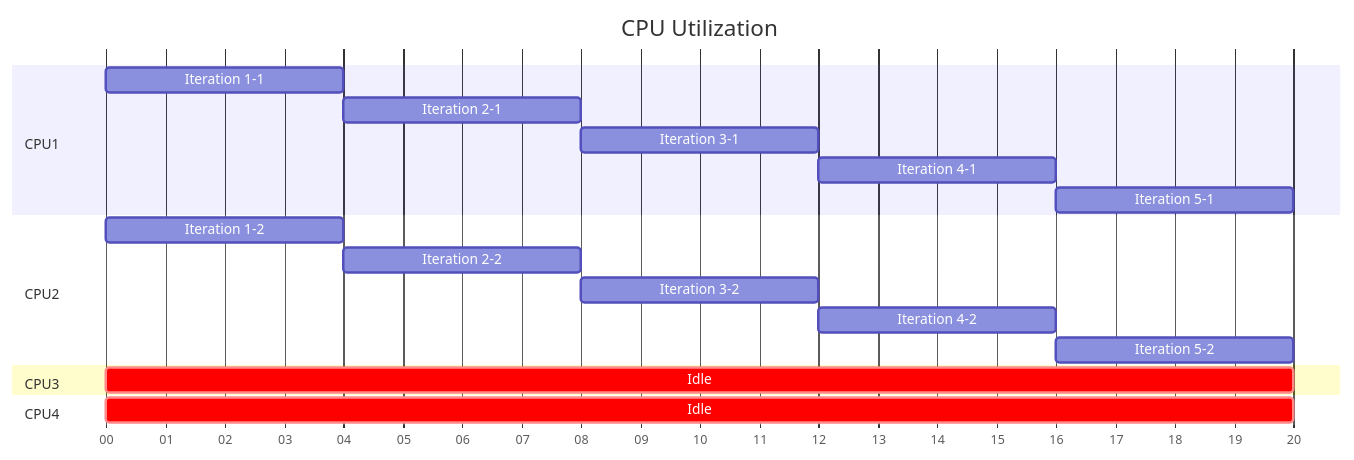
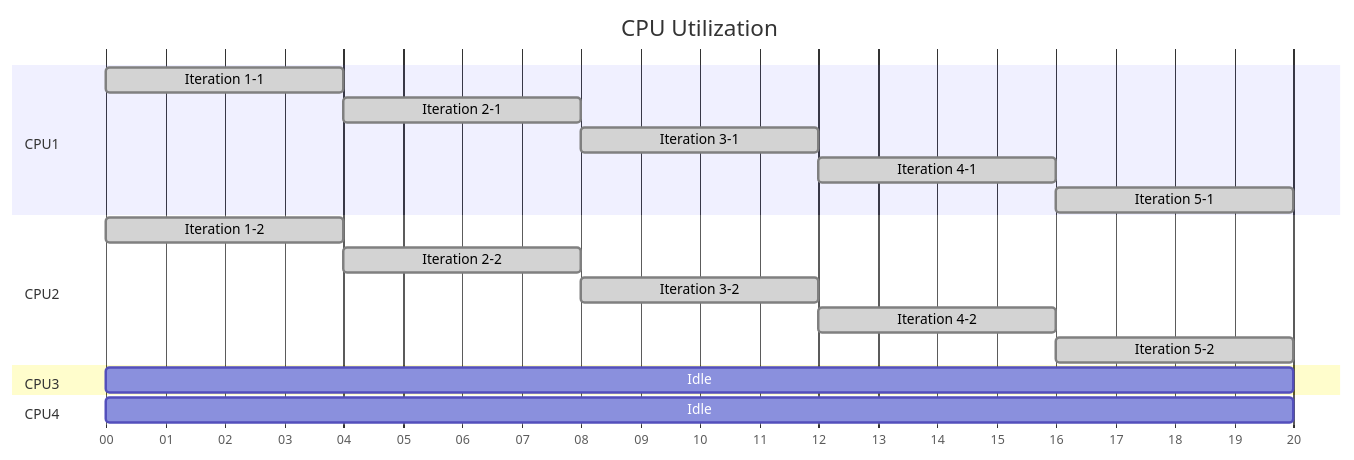
One commit to mlr-org/mlr3book changed the second of 2 diagrams in book/chapters/chapter10/advanced_technical_aspects_of_mlr3.qmd. Above: the diagram before and after it, drawn with Mermaid. The commit also changed other lines of this file and 2 other files, not shown here.

````diff
--- a/book/chapters/chapter10/advanced_technical_aspects_of_mlr3.qmd
+++ b/book/chapters/chapter10/advanced_technical_aspects_of_mlr3.qmd
@@ -346,27 +334,29 @@
 ```{mermaid}
+%%| fig-width: 6.5
+%%| fig-responsive: false
 %%| label: fig-parallel-inner
 %%| fig-cap: CPU utilization for four CPUs while parallelizing the inner two-fold CV with a sequential five-fold CV outside. Jobs are labeled as [iteration outer]-[iteration inner].
 gantt
     title CPU Utilization
     dateFormat  s
     axisFormat %S
     section CPU1
-    Iteration 1-1           :0, 4s
-    Iteration 2-1           :4, 4s
-    Iteration 3-1           :8, 4s
-    Iteration 4-1           :12, 4s
-    Iteration 5-1           :16, 4s
+    Iteration 1-1           :done, 0, 4s
+    Iteration 2-1           :done, 4, 4s
+    Iteration 3-1           :done, 8, 4s
+    Iteration 4-1           :done, 12, 4s
+    Iteration 5-1           :done, 16, 4s
 
     section CPU2
-    Iteration 1-2           :0, 4s
-    Iteration 2-2           :4, 4s
-    Iteration 3-2           :8, 4s
-    Iteration 4-2           :12, 4s
-    Iteration 5-2           :16, 4s
+    Iteration 1-2           :done, 0, 4s
+    Iteration 2-2           :done, 4, 4s
+    Iteration 3-2           :done, 8, 4s
+    Iteration 4-2           :done, 12, 4s
+    Iteration 5-2           :done, 16, 4s
 
     section CPU3
-    Idle                    :crit, 0, 20s
+    Idle                    :0, 20s
 
     section CPU4
-    Idle                    :crit, 0, 20s
+    Idle                    :0, 20s
 ```
````
